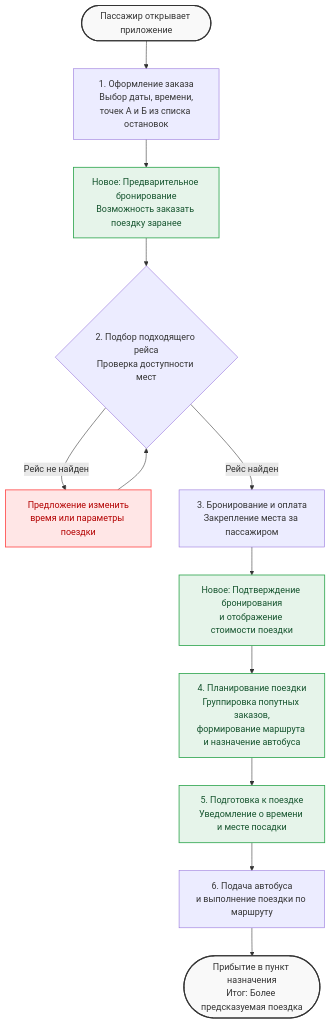
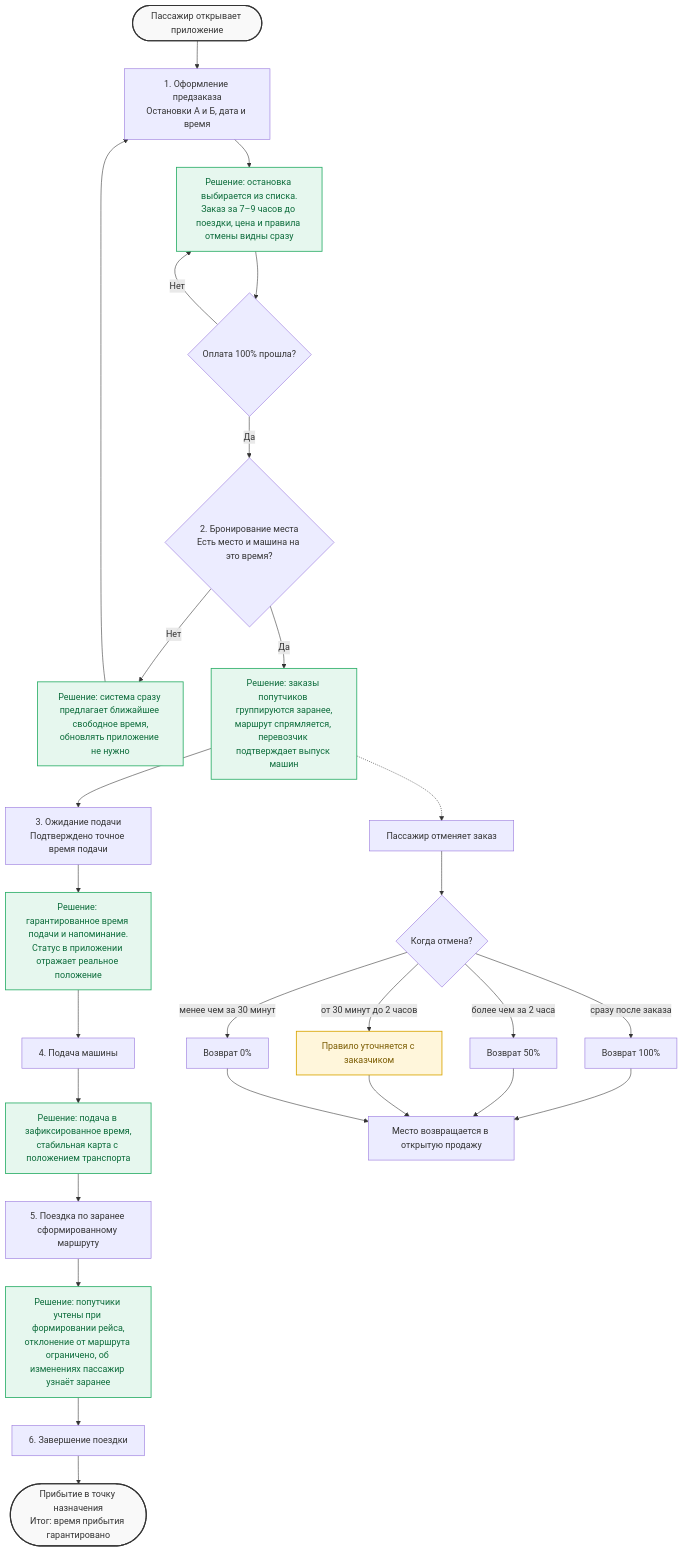
Before and after one commit to victoriapetrova2910/Project_custombus: the diagram in docs/research/research_study/to-be.md, drawn with Mermaid. The commit also changed other lines of this file, not shown here.

````diff
--- a/docs/research/research_study/to-be.md
+++ b/docs/research/research_study/to-be.md
@@ -3,31 +3,51 @@
 ```mermaid
 flowchart TD
-    Start([Пассажир открывает приложение]) --> Step1[1. Оформление заказа<br/>Выбор даты, времени,<br/>точек А и Б из списка остановок]
+    Start(["Пассажир открывает приложение"]) --> Step1["1. Оформление предзаказа<br/>Остановки А и Б, дата и время"]
 
-    Step1 --> New1[Новое: Предварительное бронирование<br/>Возможность заказать поездку заранее]
+    Step1 --> Sol1["Решение: остановка выбирается из списка.<br/>Заказ за 7–9 часов до поездки, цена и правила отмены видны сразу"]
 
-    New1 --> Step2{2. Подбор подходящего рейса<br/>Проверка доступности мест}
+    Sol1 --> Pay{"Оплата 100% прошла?"}
+    Pay -- Нет --> Sol1
+    Pay -- Да --> Step2{"2. Бронирование места<br/>Есть место и машина на это время?"}
 
-    Step2 -- Рейс не найден --> Issue1[Предложение изменить<br/>время или параметры поездки]
-    Issue1 --> Step2
+    Step2 -- Нет --> Sol2a["Решение: система сразу предлагает ближайшее свободное время,<br/>обновлять приложение не нужно"]
+    Sol2a --> Step1
 
-    Step2 -- Рейс найден --> Step3[3. Бронирование и оплата<br/>Закрепление места за пассажиром]
+    Step2 -- Да --> Sol2["Решение: заказы попутчиков группируются заранее,<br/>маршрут спрямляется, перевозчик подтверждает выпуск машин"]
 
-    Step3 --> New2[Новое: Подтверждение бронирования<br/>и отображение стоимости поездки]
+    Sol2 --> Step3["3. Ожидание подачи<br/>Подтверждено точное время подачи"]
 
-    New2 --> Step4[4. Планирование поездки<br/>Группировка попутных заказов,<br/>формирование маршрута и назначение автобуса]
+    Step3 --> Sol3["Решение: гарантированное время подачи и напоминание.<br/>Статус в приложении отражает реальное положение"]
 
-    Step4 --> Step5[5. Подготовка к поездке<br/>Уведомление о времени и месте посадки]
+    Sol3 --> Step4["4. Подача машины"]
 
-    Step5 --> Step6[6. Подача автобуса<br/>и выполнение поездки по маршруту]
+    Step4 --> Sol4["Решение: подача в зафиксированное время,<br/>стабильная карта с положением транспорта"]
 
-    Step6 --> End([Прибытие в пункт назначения<br/>Итог: Более предсказуемая поездка])
+    Sol4 --> Step5["5. Поездка по заранее сформированному маршруту"]
 
-    classDef problem fill:#ffe6e6,stroke:#ff4d4d,color:#b30000,stroke-width:1.5px;
-    classDef added fill:#e6f4ea,stroke:#34a853,color:#14532d,stroke-width:1.5px;
+    Step5 --> Sol5["Решение: попутчики учтены при формировании рейса,<br/>отклонение от маршрута ограничено, об изменениях пассажир узнаёт заранее"]
+
+    Sol5 --> Step6["6. Завершение поездки"]
+
+    Step6 --> End(["Прибытие в точку назначения<br/>Итог: время прибытия гарантировано"])
+
+    Sol2 -.-> Cancel["Пассажир отменяет заказ"]
+    Cancel --> Refund{"Когда отмена?"}
+    Refund -- "сразу после заказа" --> R100["Возврат 100%"]
+    Refund -- "более чем за 2 часа" --> R50["Возврат 50%"]
+    Refund -- "от 30 минут до 2 часов" --> RTbd["Правило уточняется с заказчиком"]
+    Refund -- "менее чем за 30 минут" --> R0["Возврат 0%"]
+    R100 --> Free["Место возвращается в открытую продажу"]
+    R50 --> Free
+    RTbd --> Free
+    R0 --> Free
+
+    %% Стилизация узлов
+    classDef solution fill:#e6f7ee,stroke:#2eaf6a,color:#0b6b3a,stroke-width:1.5px;
+    classDef open fill:#fff6db,stroke:#d9a400,color:#7a5b00,stroke-width:1.5px;
     classDef startEnd fill:#f9f9f9,stroke:#333,stroke-width:2px;
 
-    class New1,New2,Step4,Step5 added;
-    class Issue1 problem;
+    class Sol1,Sol2,Sol2a,Sol3,Sol4,Sol5 solution;
+    class RTbd open;
     class Start,End startEnd;
 ```
````
